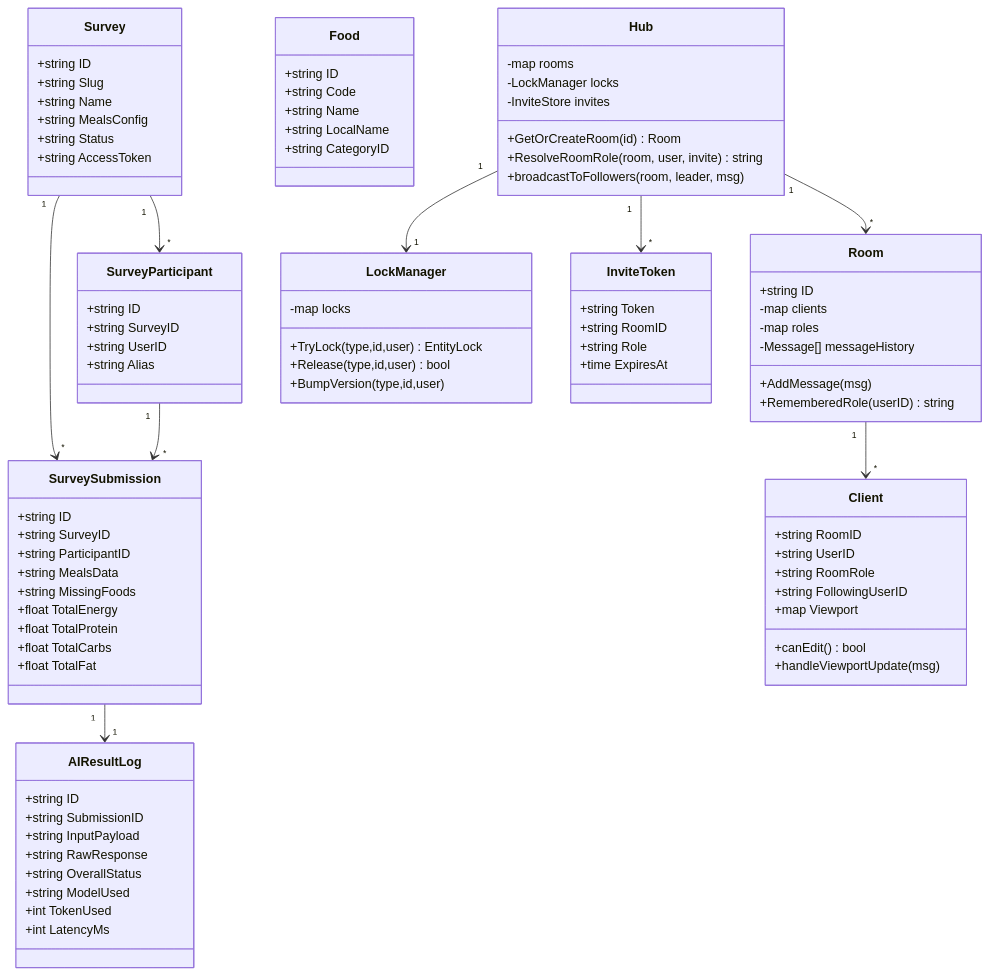
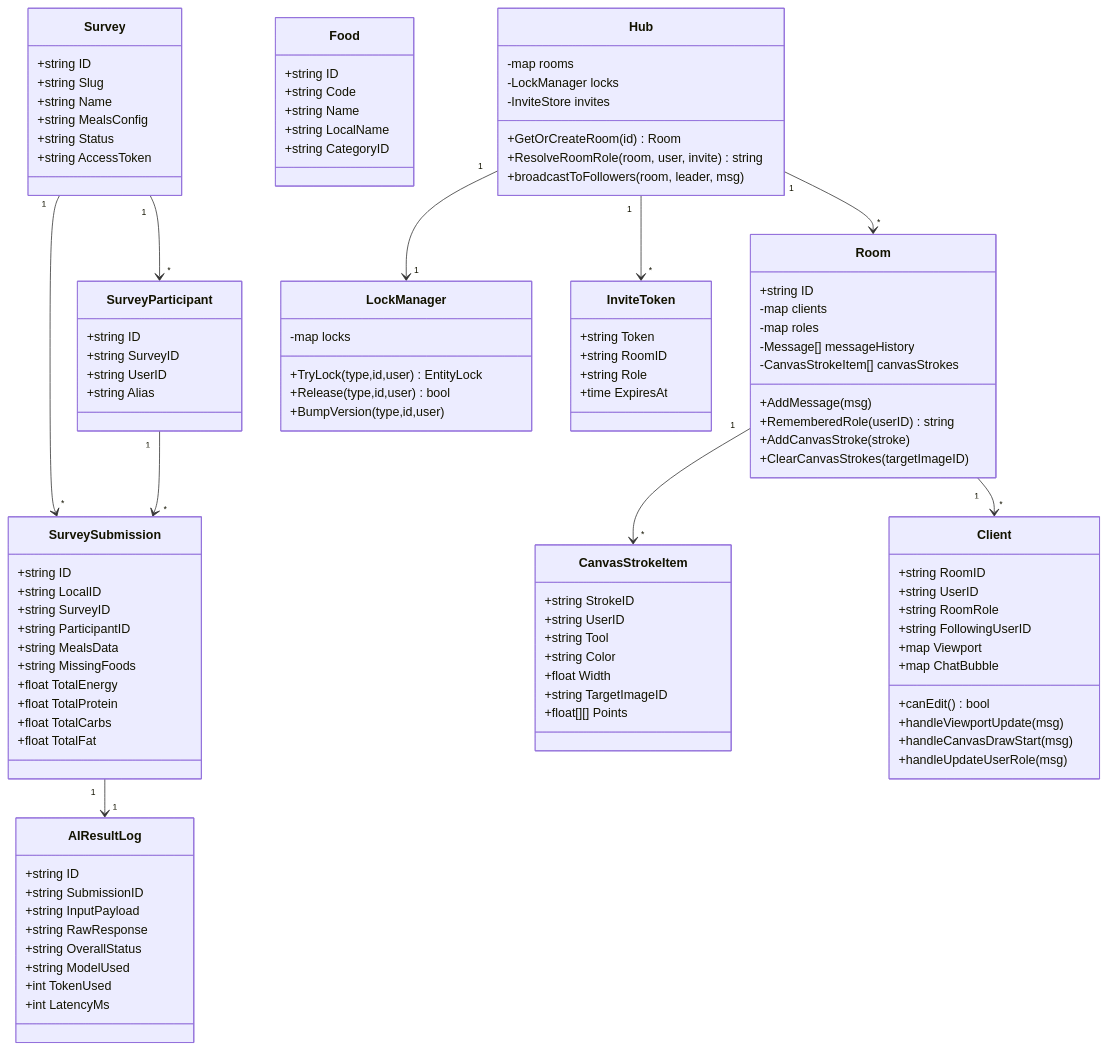
The tenth of 13 diagrams in docs/Skripsi_Atlas_Food_Bab_1-5.md (Babyhex7/atlas_food_frontend), drawn with Mermaid before and after one commit. The commit also changed other lines of this file and 1 other file, not shown here.

````diff
--- a/docs/Skripsi_Atlas_Food_Bab_1-5.md
+++ b/docs/Skripsi_Atlas_Food_Bab_1-5.md
@@ -862,6 +995,7 @@
     }
     class SurveySubmission {
         +string ID
+        +string LocalID
         +string SurveyID
         +string ParticipantID
         +string MealsData
@@ -901,8 +1035,20 @@
         -map clients
         -map roles
         -Message[] messageHistory
+        -CanvasStrokeItem[] canvasStrokes
         +AddMessage(msg)
         +RememberedRole(userID) string
+        +AddCanvasStroke(stroke)
+        +ClearCanvasStrokes(targetImageID)
+    }
+    class CanvasStrokeItem {
+        +string StrokeID
+        +string UserID
+        +string Tool
+        +string Color
+        +float Width
+        +string TargetImageID
+        +float[][] Points
     }
     class Client {
         +string RoomID
@@ -910,8 +1056,11 @@
         +string RoomRole
         +string FollowingUserID
         +map Viewport
+        +map ChatBubble
         +canEdit() bool
         +handleViewportUpdate(msg)
+        +handleCanvasDrawStart(msg)
+        +handleUpdateUserRole(msg)
     }
     class LockManager {
         -map locks
@@ -932,6 +1081,7 @@
     SurveySubmission "1" --> "1" AIResultLog
     Hub "1" --> "*" Room
     Room "1" --> "*" Client
+    Room "1" --> "*" CanvasStrokeItem
     Hub "1" --> "1" LockManager
     Hub "1" --> "*" InviteToken
 ```
````
